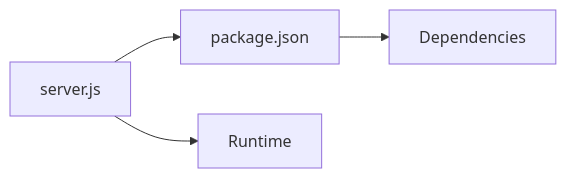
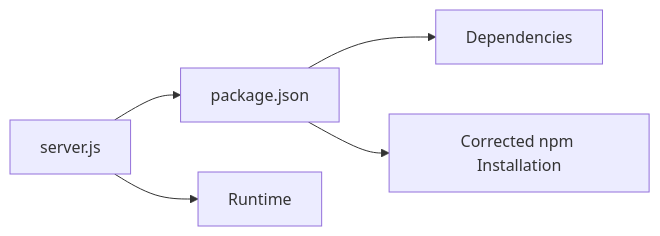
Before and after one commit to Dunstun2/GeniusMind-Home-Schooling: the third of 3 diagrams in .qoder/repowiki/en/content/Deployment & DevOps/Deployment & DevOps.md, drawn with Mermaid. The commit also changed other lines of this file and 42 other files, not shown here.

````diff
--- a/.qoder/repowiki/en/content/Deployment & DevOps/Deployment & DevOps.md
+++ b/.qoder/repowiki/en/content/Deployment & DevOps/Deployment & DevOps.md
@@ -266,6 +306,7 @@
 ```mermaid
 graph LR
 P["package.json"] --> D["Dependencies"]
 S["server.js"] --> P
 S --> R["Runtime"]
+P --> I["Corrected npm Installation"]
 ```
````
